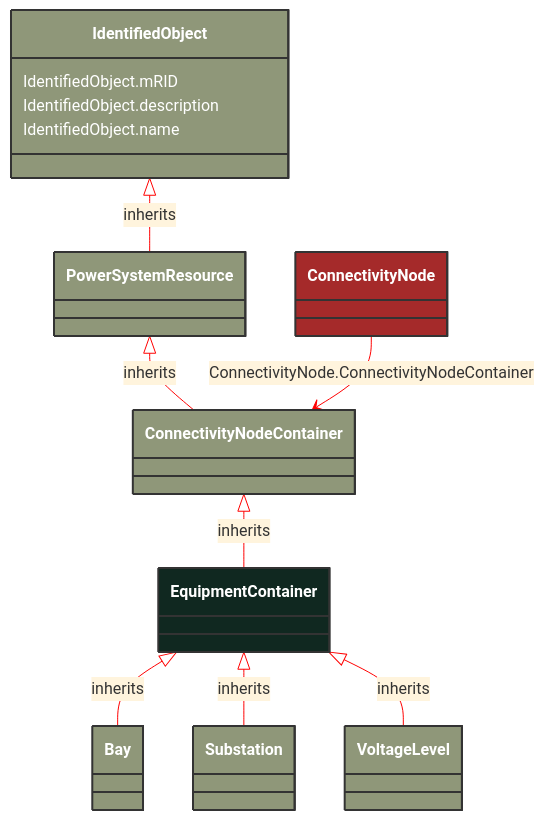
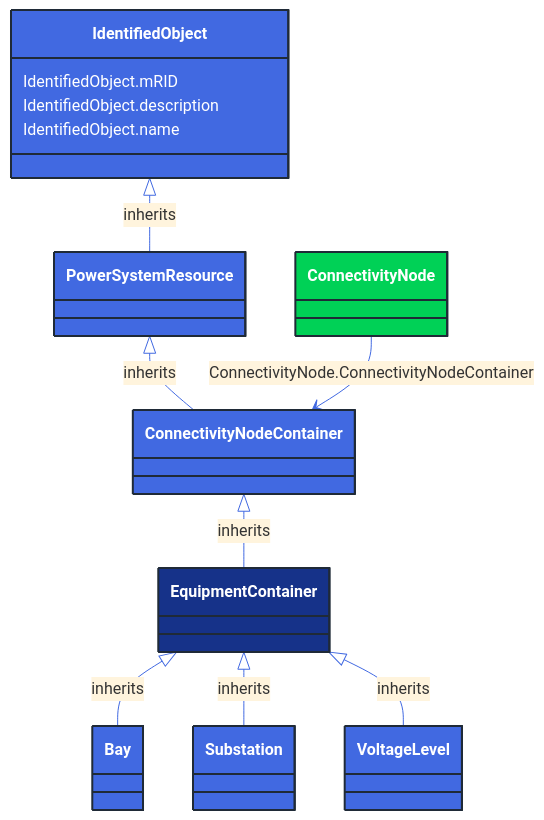
One commit to 3lbits/NoCIMExtensions changed the diagram in docs/Models/Profiles/EquipmentBoundary/AbstractClasses/EquipmentContainer.md. Above: the diagram before and after it, drawn with Mermaid. The commit also changed 362 other files, not shown here.

First line of the commit message:
Update diagrams and styles for improved visual consistency

````diff
--- a/docs/Models/Profiles/EquipmentBoundary/AbstractClasses/EquipmentContainer.md
+++ b/docs/Models/Profiles/EquipmentBoundary/AbstractClasses/EquipmentContainer.md
@@ -10,49 +10,49 @@
 ```mermaid
-%%{init: {'theme':'base','themeVariables': {'lineColor': '#FF0000'}}}%%
+%%{init: {'theme':'base','themeVariables': {'lineColor': '#4169E1'}}}%%
 classDiagram
     class EquipmentContainer
     click EquipmentContainer href "/Models/Profiles/EquipmentBoundary/AbstractClasses/EquipmentContainer/"
-    style EquipmentContainer fill:#102820,stroke:#333,stroke-width:2px,rx:10,ry:10,color:white
+    style EquipmentContainer fill:#163289,stroke:#1F2A37,stroke-width:2px,rx:10,ry:10,color:white
 
         EquipmentContainer <|-- Bay : inherits
 
         Bay
             click Bay href "/Models/Profiles/EquipmentBoundary/ConcreteClasses/Bay/"
-            style Bay fill:#8F9779,stroke:#333,stroke-width:2px,rx:10,ry:10,color:white
+            style Bay fill:#4169E1,stroke:#1F2A37,stroke-width:2px,rx:10,ry:10,color:white
 
         EquipmentContainer <|-- Substation : inherits
 
         Substation
             click Substation href "/Models/Profiles/EquipmentBoundary/ConcreteClasses/Substation/"
-            style Substation fill:#8F9779,stroke:#333,stroke-width:2px,rx:10,ry:10,color:white
+            style Substation fill:#4169E1,stroke:#1F2A37,stroke-width:2px,rx:10,ry:10,color:white
 
         EquipmentContainer <|-- VoltageLevel : inherits
 
         VoltageLevel
             click VoltageLevel href "/Models/Profiles/EquipmentBoundary/ConcreteClasses/VoltageLevel/"
-            style VoltageLevel fill:#8F9779,stroke:#333,stroke-width:2px,rx:10,ry:10,color:white
+            style VoltageLevel fill:#4169E1,stroke:#1F2A37,stroke-width:2px,rx:10,ry:10,color:white
      
         ConnectivityNodeContainer <|-- EquipmentContainer : inherits
             click ConnectivityNodeContainer href "/Models/Profiles/EquipmentBoundary/AbstractClasses/ConnectivityNodeContainer/"
-            style ConnectivityNodeContainer fill:#8F9779,stroke:#333,stroke-width:2px,rx:10,ry:10,color:white
+            style ConnectivityNodeContainer fill:#4169E1,stroke:#1F2A37,stroke-width:2px,rx:10,ry:10,color:white
      
         PowerSystemResource <|-- ConnectivityNodeContainer : inherits
             click PowerSystemResource href "/Models/Profiles/EquipmentBoundary/AbstractClasses/PowerSystemResource/"
-            style PowerSystemResource fill:#8F9779,stroke:#333,stroke-width:2px,rx:10,ry:10,color:white
+            style PowerSystemResource fill:#4169E1,stroke:#1F2A37,stroke-width:2px,rx:10,ry:10,color:white
      
         IdentifiedObject <|-- PowerSystemResource : inherits
             click IdentifiedObject href "/Models/Profiles/EquipmentBoundary/AbstractClasses/IdentifiedObject/"
-            style IdentifiedObject fill:#8F9779,stroke:#333,stroke-width:2px,rx:10,ry:10,color:white
+            style IdentifiedObject fill:#4169E1,stroke:#1F2A37,stroke-width:2px,rx:10,ry:10,color:white
 
 
         ConnectivityNode --> ConnectivityNodeContainer : ConnectivityNode.ConnectivityNodeContainer
 
         ConnectivityNode
             click ConnectivityNode href "/Models/Profiles/EquipmentBoundary/ConcreteClasses/ConnectivityNode/"
-            style ConnectivityNode fill:#A52A2A,stroke:#333,stroke-width:2px,rx:10,ry:10,color:white
+            style ConnectivityNode fill:#00D156,stroke:#1F2A37,stroke-width:2px,rx:10,ry:10,color:white
 
 
         IdentifiedObject : IdentifiedObject.mRID
         IdentifiedObject : IdentifiedObject.description
         IdentifiedObject : IdentifiedObject.name
 ```
````
